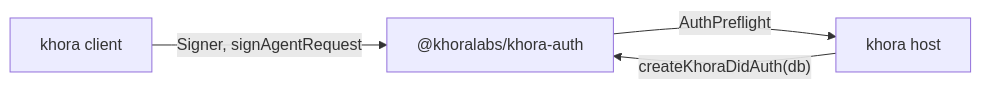
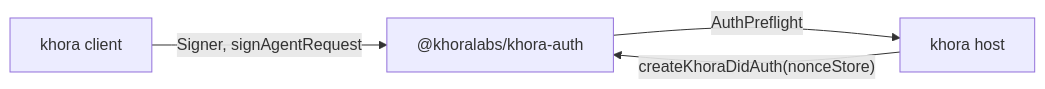
The diagram in packages/khora/auth/README.md (khoralabs/khora), drawn with Mermaid before and after one commit. The commit also changed other lines of this file and 13 other files, not shown here.

Commit message:
Add @khoralabs/khora-auth-sqlite package for SQLite-based nonce storage and update references in khora-auth

````diff
--- a/packages/khora/auth/README.md
+++ b/packages/khora/auth/README.md
@@ -15,6 +15,6 @@
 ```mermaid
 graph LR
   client["khora client"] -->|"Signer, signAgentRequest"| auth["@khoralabs/khora-auth"]
-  host["khora host"] -->|"createKhoraDidAuth(db)"| auth
+  host["khora host"] -->|"createKhoraDidAuth(nonceStore)"| auth
   auth -->|"AuthPreflight"| host
 ```
````
